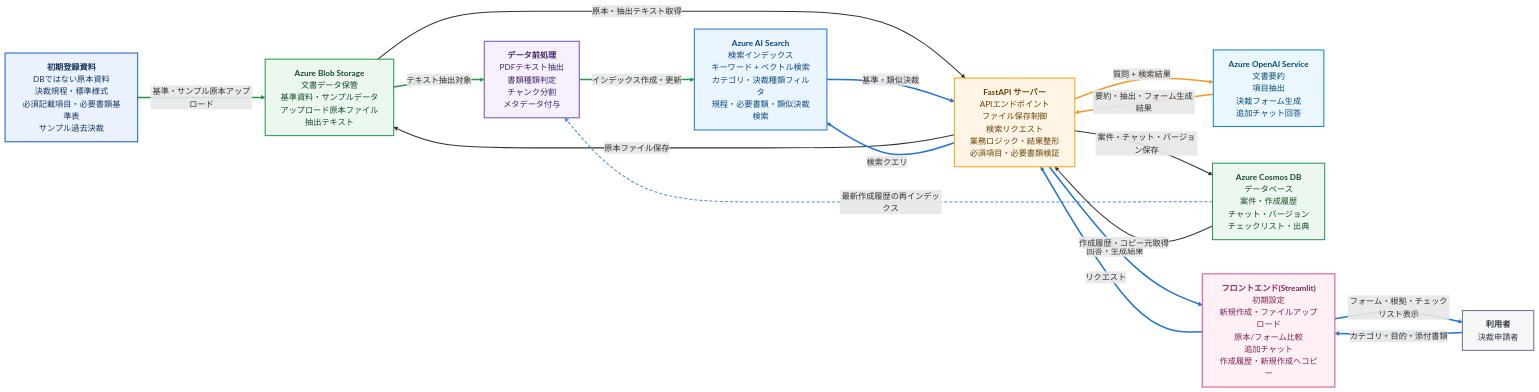
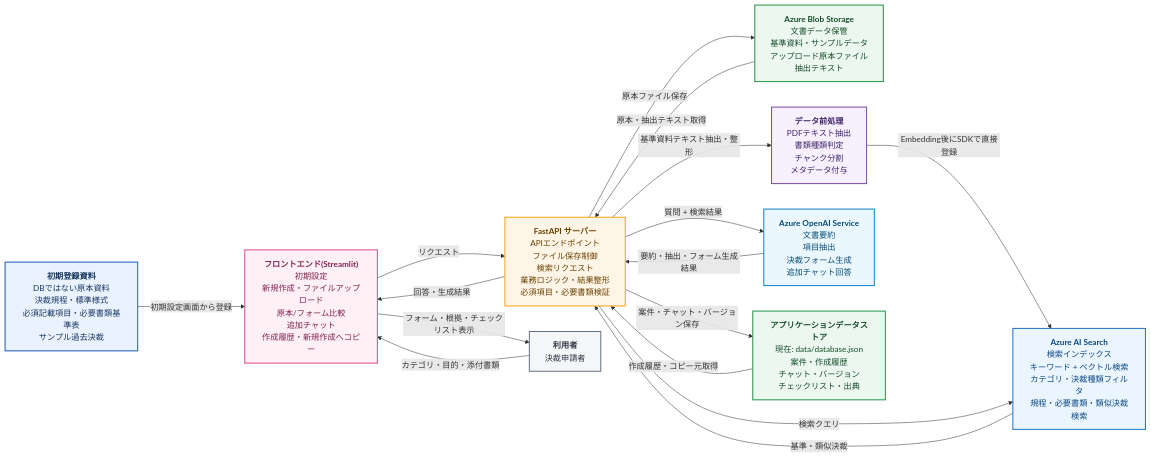
Before and after one commit to intaegi/ai_assist_project: the first of 5 diagrams in docs/decision_rag_design_spec_ja.md, drawn with Mermaid. The commit also changed other lines of this file and 61 other files, not shown here.

````diff
--- a/docs/decision_rag_design_spec_ja.md
+++ b/docs/decision_rag_design_spec_ja.md
@@ -142,57 +141,50 @@
 ```mermaid
 flowchart LR
     Data["<b>初期登録資料</b><br/>DBではない原本資料<br/>決裁規程・標準様式<br/>必須記載項目・必要書類基準表<br/>サンプル過去決裁"]
     Blob["<b>Azure Blob Storage</b><br/>文書データ保管<br/>基準資料・サンプルデータ<br/>アップロード原本ファイル<br/>抽出テキスト"]
     Prep["<b>データ前処理</b><br/>PDFテキスト抽出<br/>書類種類判定<br/>チャンク分割<br/>メタデータ付与"]
     Search["<b>Azure AI Search</b><br/>検索インデックス<br/>キーワード + ベクトル検索<br/>カテゴリ・決裁種類フィルタ<br/>規程・必要書類・類似決裁検索"]
     API["<b>FastAPI サーバー</b><br/>APIエンドポイント<br/>ファイル保存制御<br/>検索リクエスト<br/>業務ロジック・結果整形<br/>必須項目・必要書類検証"]
     AOAI["<b>Azure OpenAI Service</b><br/>文書要約<br/>項目抽出<br/>決裁フォーム生成<br/>追加チャット回答"]
-    Cosmos["<b>Azure Cosmos DB</b><br/>データベース<br/>案件・作成履歴<br/>チャット・バージョン<br/>チェックリスト・出典"]
+    Store["<b>アプリケーションデータストア</b><br/>現在: data/database.json<br/>案件・作成履歴<br/>チャット・バージョン<br/>チェックリスト・出典"]
     UI["<b>フロントエンド(Streamlit)</b><br/>初期設定<br/>新規作成・ファイルアップロード<br/>原本/フォーム比較<br/>追加チャット<br/>作成履歴・新規作成へコピー"]
     User["<b>利用者</b><br/>決裁申請者"]
 
-    Data -->|基準・サンプル原本アップロード| Blob
-    Blob -->|テキスト抽出対象| Prep
-    Prep -->|インデックス作成・更新| Search
-    Cosmos -. 最新作成履歴の再インデックス .-> Prep
+    Data -->|初期設定画面から登録| UI
+    API -->|基準資料テキスト抽出・整形| Prep
+    Prep -->|Embedding後にSDKで直接登録| Search
 
     User -->|カテゴリ・目的・添付書類| UI
     UI -->|リクエスト| API
     API -->|回答・生成結果| UI
     UI -->|フォーム・根拠・チェックリスト表示| User
 
     API -->|原本ファイル保存| Blob
     Blob -->|原本・抽出テキスト取得| API
-    API -->|案件・チャット・バージョン保存| Cosmos
-    Cosmos -->|作成履歴・コピー元取得| API
+    API -->|案件・チャット・バージョン保存| Store
+    Store -->|作成履歴・コピー元取得| API
 
     API -->|検索クエリ| Search
     Search -->|基準・類似決裁| API
     API -->|質問 + 検索結果| AOAI
     AOAI -->|要約・抽出・フォーム生成結果| API
 
     classDef source fill:#EAF2FF,stroke:#1F5FBF,stroke-width:2px,color:#17365D;
     classDef storage fill:#ECF8EF,stroke:#27964B,stroke-width:2px,color:#164B2A;
     classDef process fill:#F6F0FF,stroke:#7851A9,stroke-width:2px,color:#3E2566;
     classDef search fill:#EAF5FF,stroke:#2474CC,stroke-width:2px,color:#0C477F;
     classDef backend fill:#FFF5E6,stroke:#F2A51A,stroke-width:2px,color:#684100;
     classDef ai fill:#EAF7FF,stroke:#1683C5,stroke-width:2px,color:#084B73;
     classDef front fill:#FFF0F6,stroke:#D94E8F,stroke-width:2px,color:#7D244E;
     classDef user fill:#F5F6F8,stroke:#687386,stroke-width:2px,color:#2E3440;
 
     class Data source;
-    class Blob,Cosmos storage;
+    class Blob,Store storage;
     class Prep process;
     class Search search;
     class API backend;
     class AOAI ai;
     class UI front;
     class User user;
 
-    linkStyle 0,1,2 stroke:#27964B,stroke-width:3px;
-    linkStyle 3 stroke:#4A90E2,stroke-width:2px,stroke-dasharray:6 4;
-    linkStyle 4,5,6,7 stroke:#2474CC,stroke-width:3px;
-    linkStyle 8,9,10,11 stroke:#333333,stroke-width:2px;
-    linkStyle 12,13 stroke:#2474CC,stroke-width:3px;
-    linkStyle 14,15 stroke:#F29A2E,stroke-width:3px;
 ```
````
